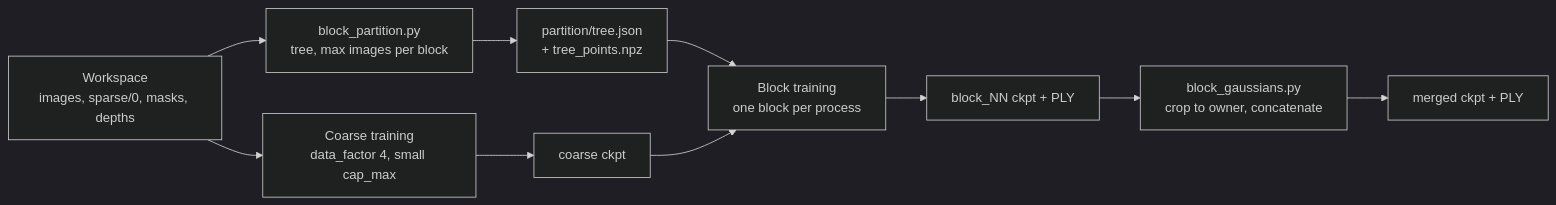
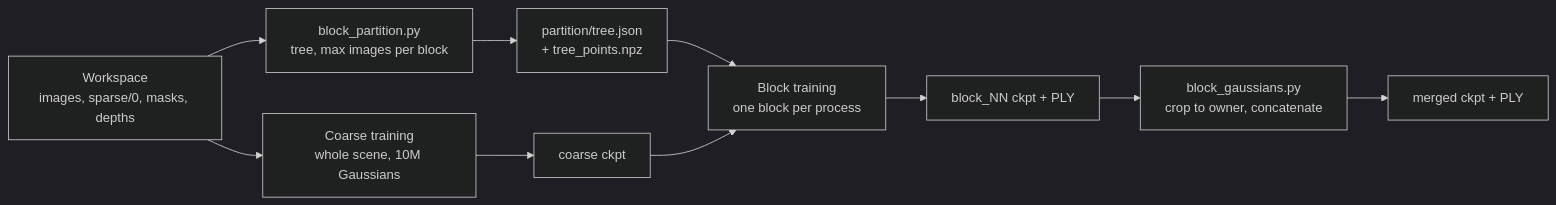
The diagram in doc/block_training.md (MapMindAI/EasyGaussianSplatting), drawn with Mermaid (dark theme) before and after one commit. The commit also changed other lines of this file and 2 other files, not shown here.

Commit message:
Describe the block training defaults as run block_training_20261111_030442's settings

````diff
--- a/doc/block_training.md
+++ b/doc/block_training.md
@@ -33,12 +33,12 @@
 ```mermaid
 flowchart LR
-    WS["Workspace<br/>images, sparse/0, masks, depths"] --> COARSE["Coarse training<br/>data_factor 4, small cap_max"]
+    WS["Workspace<br/>images, sparse/0, masks, depths"] --> COARSE["Coarse training<br/>whole scene, 10M Gaussians"]
     COARSE --> CKPT["coarse ckpt"]
     WS --> PART["block_partition.py<br/>tree, max images per block"]
     PART --> MANIFEST["partition/tree.json<br/>+ tree_points.npz"]
     MANIFEST --> TRAIN["Block training<br/>one block per process"]
     CKPT --> TRAIN
     TRAIN --> BLOCKS["block_NN ckpt + PLY"]
     BLOCKS --> MERGE["block_gaussians.py<br/>crop to owner, concatenate"]
     MERGE --> OUT["merged ckpt + PLY"]
 ```
````
